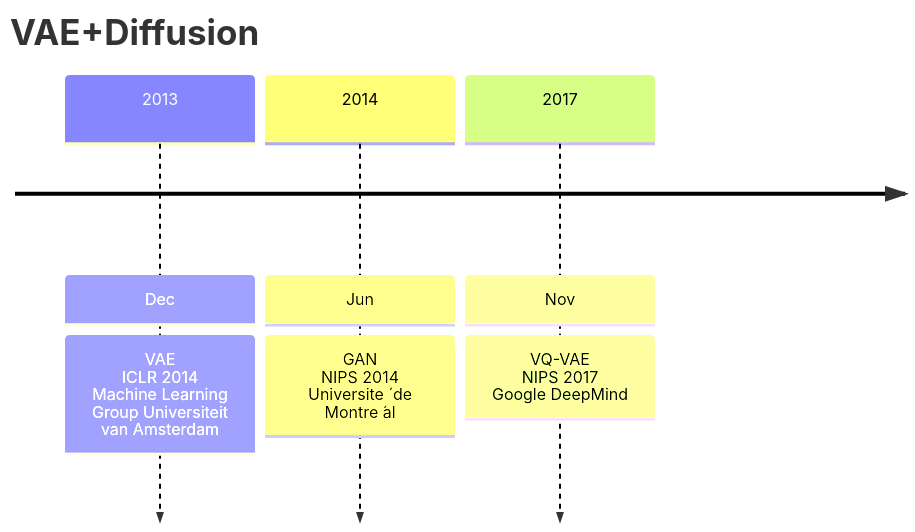
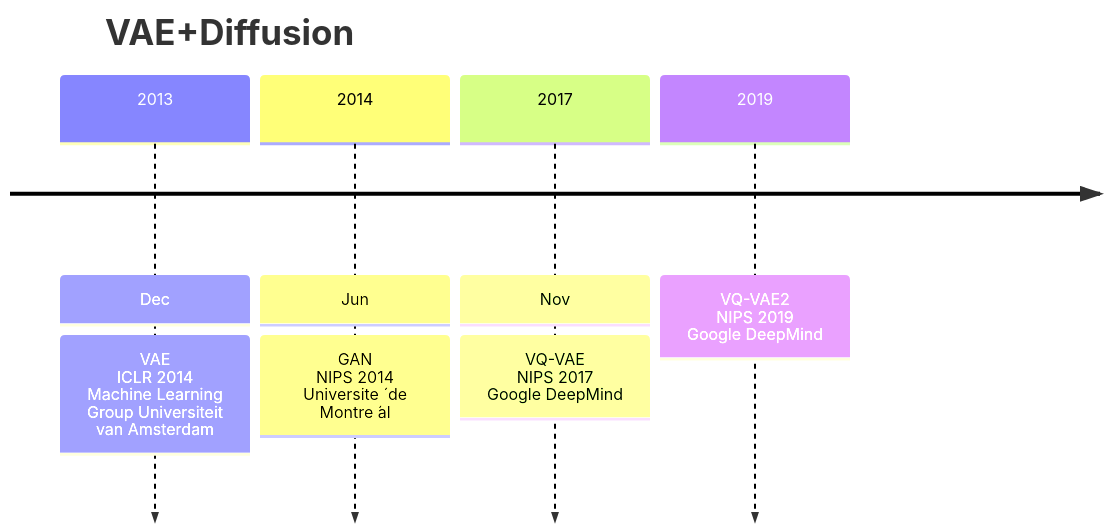
Before and after one commit to Elephant-King9/Paper: the first of 4 diagrams in Base_Model/GAN+VAE+Diffusion/analyse.md, drawn with Mermaid. The commit also changed other lines of this file and 4 other files, not shown here.

````diff
--- a/Base_Model/GAN+VAE+Diffusion/analyse.md
+++ b/Base_Model/GAN+VAE+Diffusion/analyse.md
@@ -5,10 +5,12 @@
 ```mermaid
 timeline
     title VAE+Diffusion
     2013 : Dec
     		 : VAE<br>ICLR 2014<br>Machine Learning Group Universiteit van Amsterdam
+
     2014 : Jun
     		 : GAN<br>NIPS 2014<br>Universite ́ de Montre ́al
     2017 : Nov
     		 : VQ-VAE<br>NIPS 2017<br>Google DeepMind
+    2019 : VQ-VAE2<br>NIPS 2019<br>Google DeepMind
 ```
````
